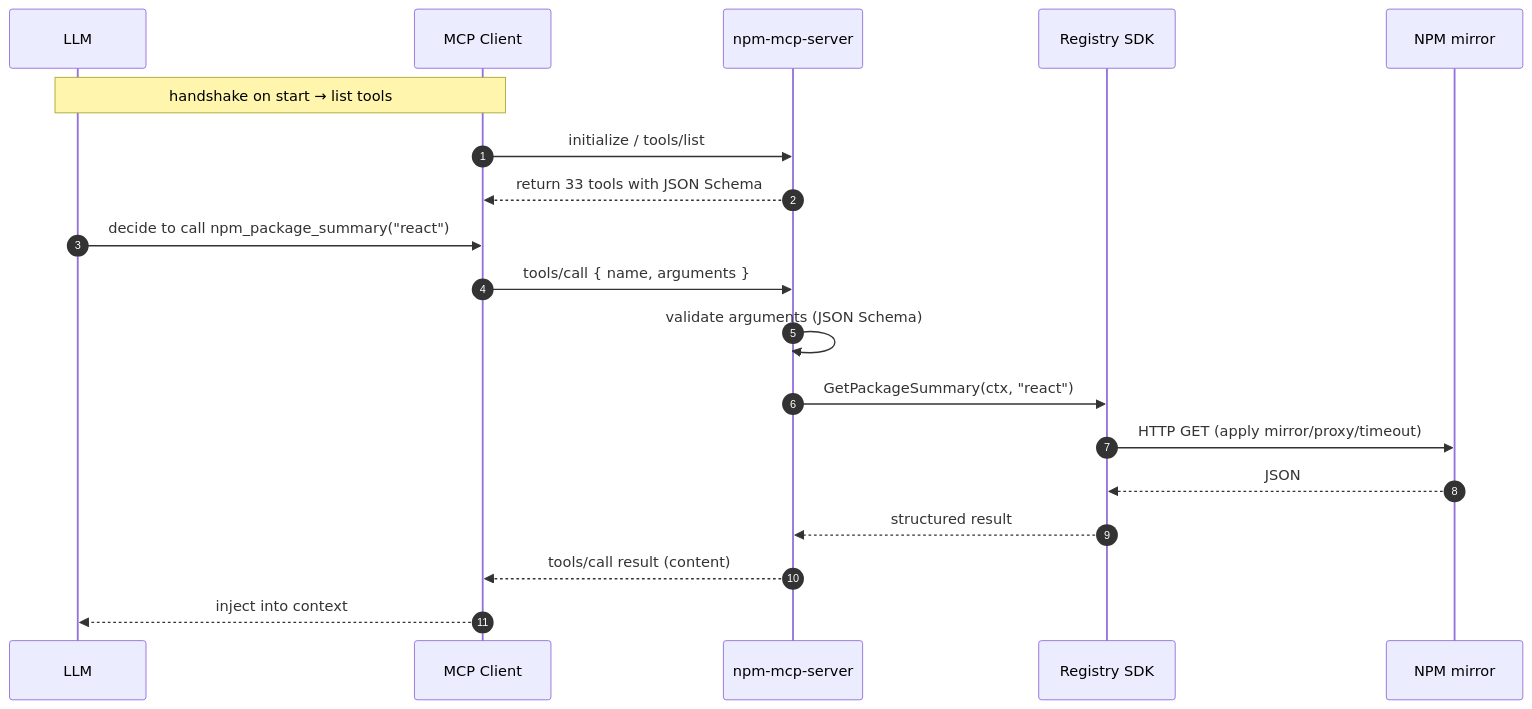
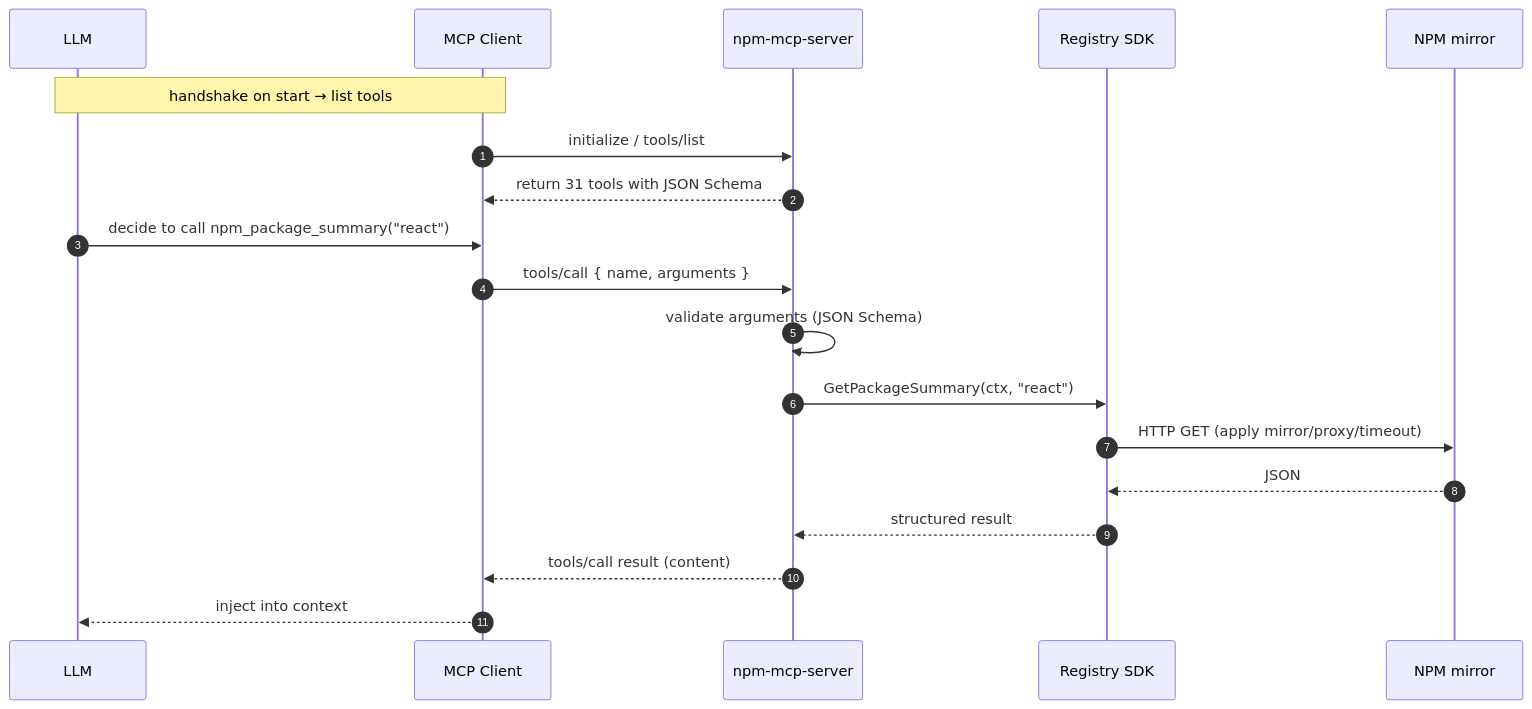
One commit to scagogogo/npm-skills changed the second of 3 diagrams in website/en/mcp-server.md. Above: the diagram before and after it, drawn with Mermaid. The commit also changed other lines of this file and 6 other files, not shown here.

````diff
--- a/website/en/mcp-server.md
+++ b/website/en/mcp-server.md
@@ -32,22 +32,22 @@
 ```mermaid
 sequenceDiagram
     autonumber
     participant LLM as LLM
     participant C as MCP Client
     participant S as npm-mcp-server
     participant R as Registry SDK
     participant N as NPM mirror
 
     Note over LLM,C: handshake on start → list tools
     C->>S: initialize / tools/list
-    S-->>C: return 33 tools with JSON Schema
+    S-->>C: return 31 tools with JSON Schema
     LLM->>C: decide to call npm_package_summary("react")
     C->>S: tools/call { name, arguments }
     S->>S: validate arguments (JSON Schema)
     S->>R: GetPackageSummary(ctx, "react")
     R->>N: HTTP GET (apply mirror/proxy/timeout)
     N-->>R: JSON
     R-->>S: structured result
     S-->>C: tools/call result (content)
     C-->>LLM: inject into context
 ```
````
